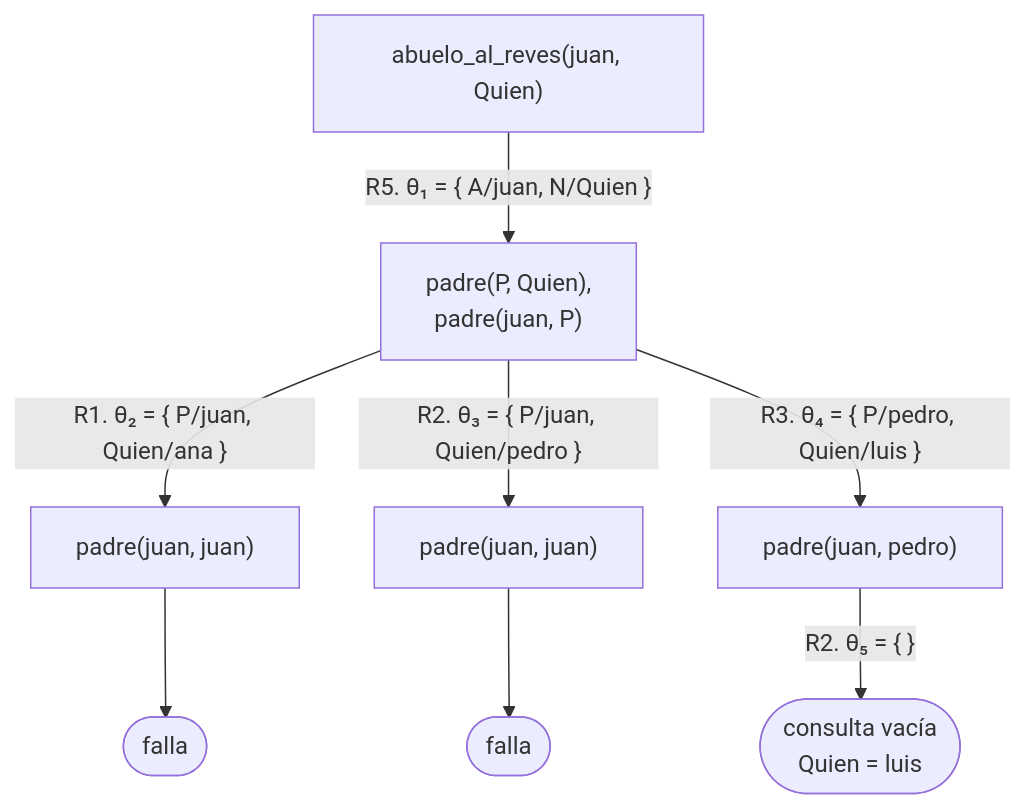
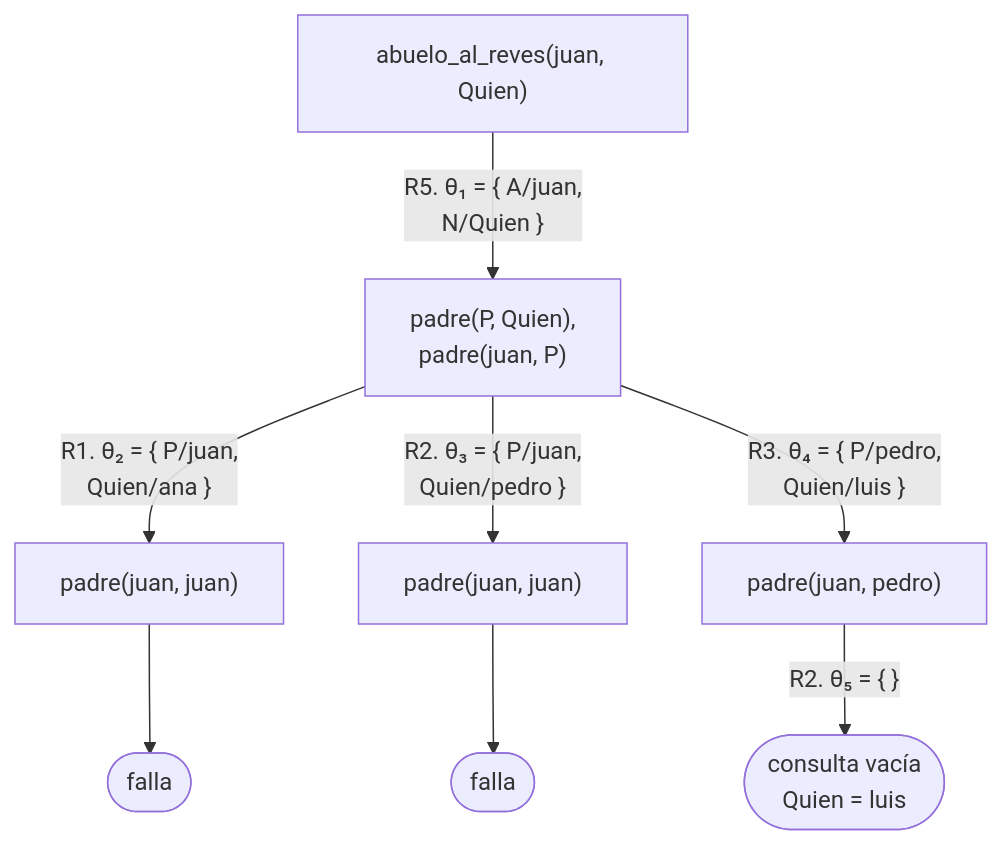
Before and after one commit to CesarBallardini/curso-de-prolog: the sixth of 7 diagrams in docs/capitulo-05-como-responde-prolog/index.md, drawn with Mermaid. The commit also changed other lines of this file and 24 other files, not shown here.

First line of the commit message:
feat(docs): botones para ocultar las columnas laterales y etiquetas cortas en los diagramas

````diff
--- a/docs/capitulo-05-como-responde-prolog/index.md
+++ b/docs/capitulo-05-como-responde-prolog/index.md
@@ -435,10 +435,10 @@
 ```mermaid
 flowchart TD
-    A["abuelo_al_reves(juan, Quien)"] -- "R5. θ₁ = {&nbsp;A/juan, N/Quien&nbsp;}" --> B["padre(P, Quien),<br/>padre(juan, P)"]
-    B -- "R1. θ₂ = {&nbsp;P/juan, Quien/ana&nbsp;}" --> C["padre(juan, juan)"]
-    B -- "R2. θ₃ = {&nbsp;P/juan, Quien/pedro&nbsp;}" --> D["padre(juan, juan)"]
-    B -- "R3. θ₄ = {&nbsp;P/pedro, Quien/luis&nbsp;}" --> E["padre(juan, pedro)"]
+    A["abuelo_al_reves(juan, Quien)"] -- "R5. θ₁ = {&nbsp;A/juan,<br/>N/Quien&nbsp;}" --> B["padre(P, Quien),<br/>padre(juan, P)"]
+    B -- "R1. θ₂ = {&nbsp;P/juan,<br/>Quien/ana&nbsp;}" --> C["padre(juan, juan)"]
+    B -- "R2. θ₃ = {&nbsp;P/juan,<br/>Quien/pedro&nbsp;}" --> D["padre(juan, juan)"]
+    B -- "R3. θ₄ = {&nbsp;P/pedro,<br/>Quien/luis&nbsp;}" --> E["padre(juan, pedro)"]
     C --> F(["falla"])
     D --> G(["falla"])
     E -- "R2. θ₅ = {&nbsp;}" --> H(["consulta vacía<br/>Quien = luis"])
 ```
````
